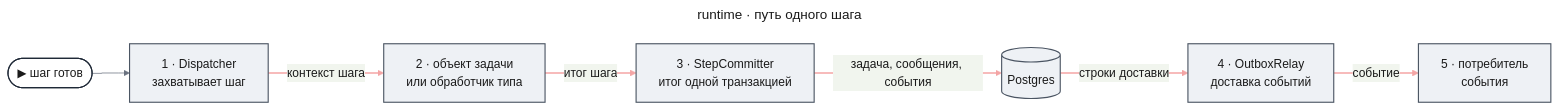
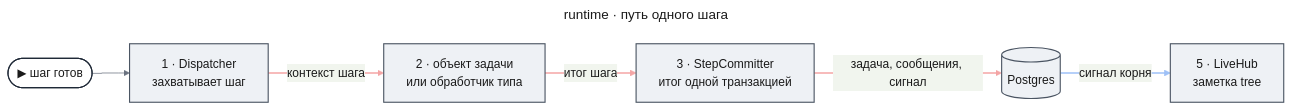
One commit to tundraray/agent-os changed the diagram in docs/code-system/packages/runtime.md. Above: the diagram before and after it, drawn with Mermaid. The commit also changed other lines of this file and 6 other files, not shown here.

````diff
--- a/docs/code-system/packages/runtime.md
+++ b/docs/code-system/packages/runtime.md
@@ -5,45 +5,42 @@
 ```mermaid
 ---
 title: "runtime · путь одного шага"
 config:
   theme: base
   look: classic
   themeVariables:
     primaryColor: "#eef1f5"
     primaryBorderColor: "#4b5563"
     primaryTextColor: "#1a1a1a"
     lineColor: "#6b7280"
   flowchart:
     curve: step
   themeCSS: |
     @keyframes lit_rt{0%,18%{stroke:#991b1b;stroke-width:6px}20%,100%{stroke:#f4a5a5;stroke-width:2px}}
+    @keyframes litr_rt{0%,18%{stroke:#1d4ed8;stroke-width:6px}20%,100%{stroke:#9ec1f7;stroke-width:2px}}
 ---
 flowchart LR
     entry(["▶ шаг готов"])
     disp["1 · Dispatcher<br/>захватывает шаг"]
     handler["2 · объект задачи<br/>или обработчик типа"]
     commit["3 · StepCommitter<br/>итог одной транзакцией"]
     pg[("Postgres")]
-    relay["4 · OutboxRelay<br/>доставка событий"]
-    consumer["5 · потребитель<br/>события"]
+    hub["5 · LiveHub<br/>заметка tree"]
     entry --> disp
     disp e1@-->|"контекст шага"| handler
     handler e2@-->|"итог шага"| commit
-    commit e3@-->|"задача, сообщения, события"| pg
-    pg e4@-->|"строки доставки"| relay
-    relay e5@-->|"событие"| consumer
+    commit e3@-->|"задача, сообщения, сигнал"| pg
+    pg e4@-->|"сигнал корня"| hub
     classDef w1 stroke:#f4a5a5,stroke-width:2px,animation:lit_rt 6s linear 0s infinite
     classDef w2 stroke:#f4a5a5,stroke-width:2px,animation:lit_rt 6s linear 1.2s infinite
     classDef w3 stroke:#f4a5a5,stroke-width:2px,animation:lit_rt 6s linear 2.4s infinite
-    classDef w4 stroke:#f4a5a5,stroke-width:2px,animation:lit_rt 6s linear 3.6s infinite
-    classDef w5 stroke:#f4a5a5,stroke-width:2px,animation:lit_rt 6s linear 4.8s infinite
+    classDef r4 stroke:#9ec1f7,stroke-width:2px,animation:litr_rt 6s linear 3.6s infinite
     class e1 w1
     class e2 w2
     class e3 w3
-    class e4 w4
-    class e5 w5
+    class e4 r4
     classDef entry fill:#ffffff,stroke:#1f2937,stroke-width:1.5px,color:#1a1a1a
     classDef unchanged fill:#eef1f5,stroke:#4b5563,stroke-width:1.5px,color:#1a1a1a
     class entry entry
-    class disp,handler,commit,pg,relay,consumer unchanged
+    class disp,handler,commit,pg,hub unchanged
 ```
````
